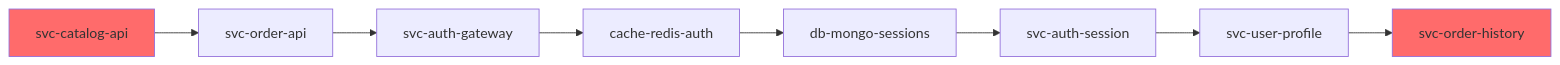
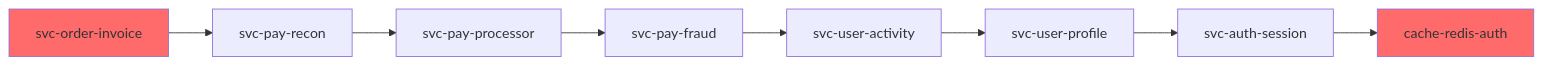
One commit to antquinonez/Hyper3 changed the fifth of 5 diagrams in examples/showcase/microservices_reasoning/README.md. Above: the diagram before and after it, drawn with Mermaid. The commit also changed other lines of this file and 2 other files, not shown here.

````diff
--- a/examples/showcase/microservices_reasoning/README.md
+++ b/examples/showcase/microservices_reasoning/README.md
@@ -345,13 +342,13 @@
 ```mermaid
 graph LR
-    S1["svc-catalog-api"] --> S2["svc-order-api"]
-    S2 --> S3["svc-auth-gateway"]
-    S3 --> S4["cache-redis-auth"]
-    S4 --> S5["db-mongo-sessions"]
-    S5 --> S6["svc-auth-session"]
-    S6 --> S7["svc-user-profile"]
-    S7 --> S8["svc-order-history"]
+    S1["svc-order-invoice"] --> S2["svc-pay-recon"]
+    S2 --> S3["svc-pay-processor"]
+    S3 --> S4["svc-pay-fraud"]
+    S4 --> S5["svc-user-activity"]
+    S5 --> S6["svc-user-profile"]
+    S6 --> S7["svc-auth-session"]
+    S7 --> S8["cache-redis-auth"]
 
     style S1 fill:#ff6b6b
     style S8 fill:#ff6b6b
 ```
````
